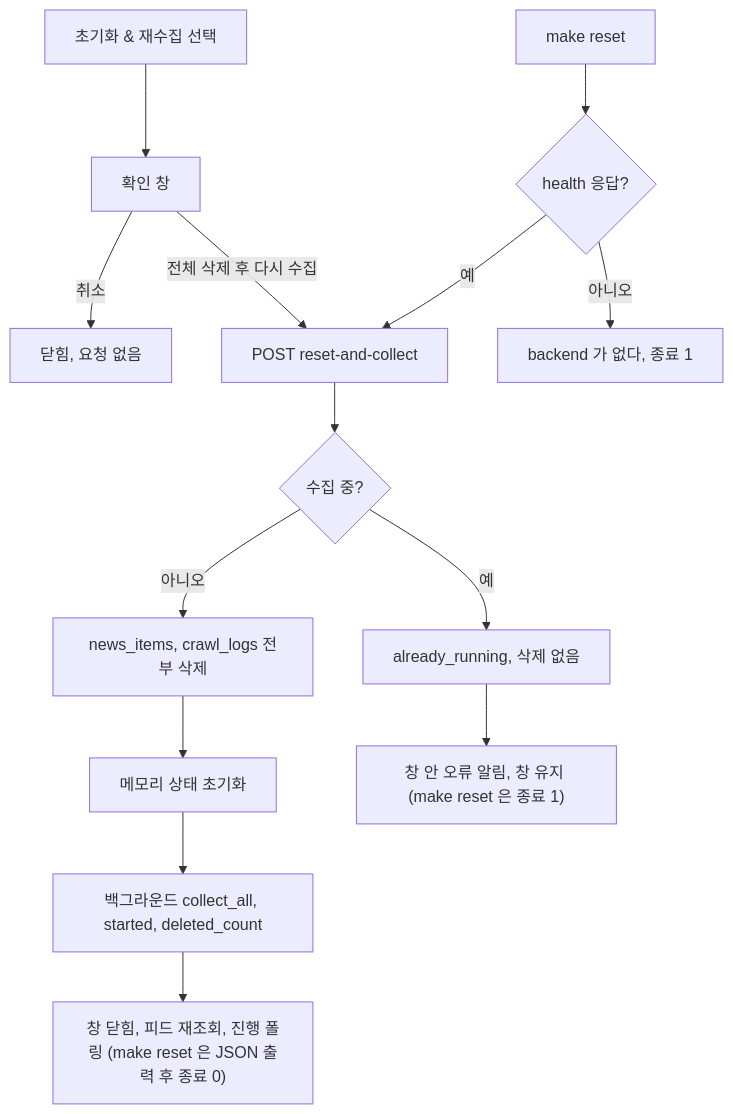
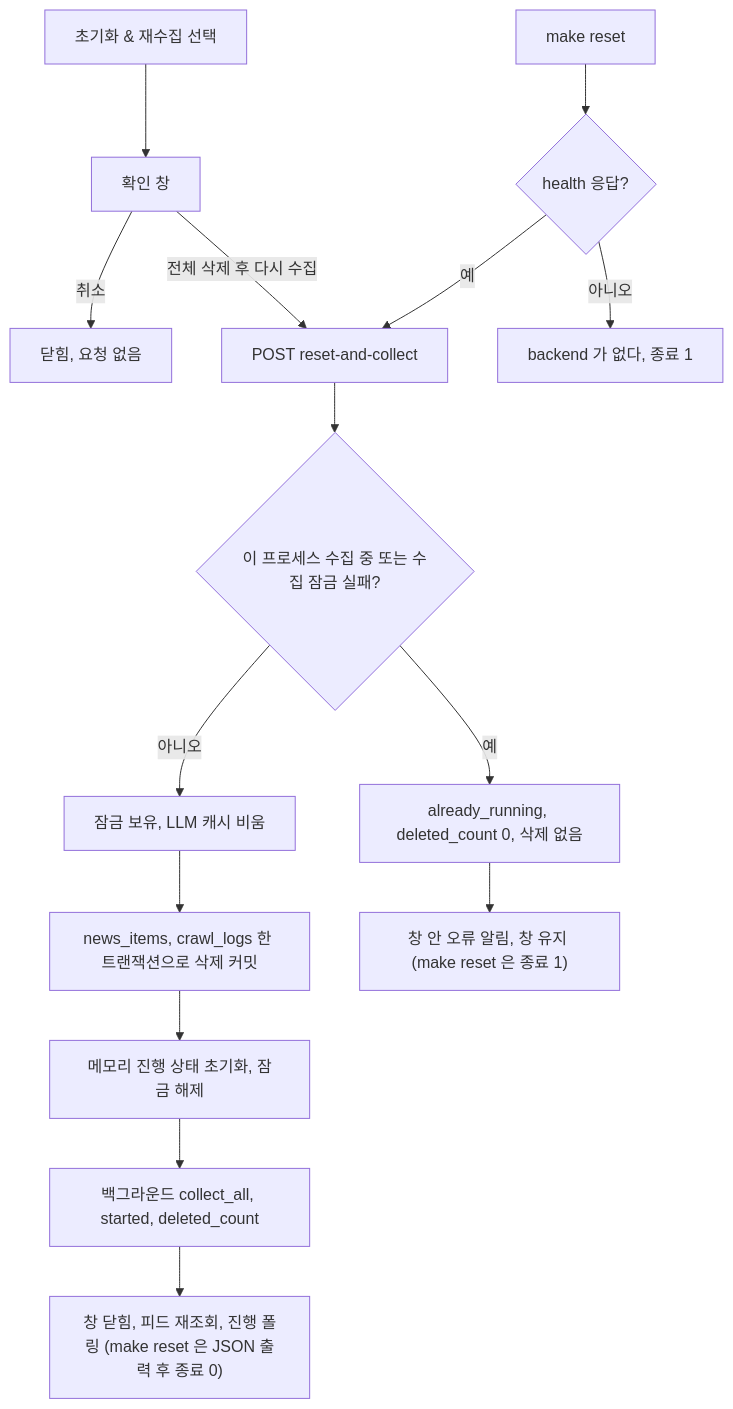
One commit to ozplayground/agent-lens changed diagram 21 of 26 in docs/spec-writer/fsd/03_COLLECTION_SPECIFICATION.md. Above: the diagram before and after it, drawn with Mermaid. The commit also changed other lines of this file and 216 other files, not shown here.

````diff
--- a/docs/spec-writer/fsd/03_COLLECTION_SPECIFICATION.md
+++ b/docs/spec-writer/fsd/03_COLLECTION_SPECIFICATION.md
@@ -1348,16 +1395,17 @@
 ```mermaid
 flowchart TD
     A["초기화 & 재수집 선택"] --> B["확인 창"]
     B -->|취소| C["닫힘, 요청 없음"]
     B -->|전체 삭제 후 다시 수집| D["POST reset-and-collect"]
     M["make reset"] --> M1{"health 응답?"}
     M1 -->|아니오| M2["backend 가 없다, 종료 1"]
     M1 -->|예| D
-    D --> E{"수집 중?"}
-    E -->|예| F["already_running, 삭제 없음"]
-    E -->|아니오| G["news_items, crawl_logs 전부 삭제"]
-    G --> H["메모리 상태 초기화"]
+    D --> E{"이 프로세스 수집 중 또는 수집 잠금 실패?"}
+    E -->|예| F["already_running, deleted_count 0, 삭제 없음"]
+    E -->|아니오| G0["잠금 보유, LLM 캐시 비움"]
+    G0 --> G["news_items, crawl_logs 한 트랜잭션으로 삭제 커밋"]
+    G --> H["메모리 진행 상태 초기화, 잠금 해제"]
     H --> I["백그라운드 collect_all, started, deleted_count"]
     F --> J["창 안 오류 알림, 창 유지 (make reset 은 종료 1)"]
     I --> K["창 닫힘, 피드 재조회, 진행 폴링 (make reset 은 JSON 출력 후 종료 0)"]
 ```
````
